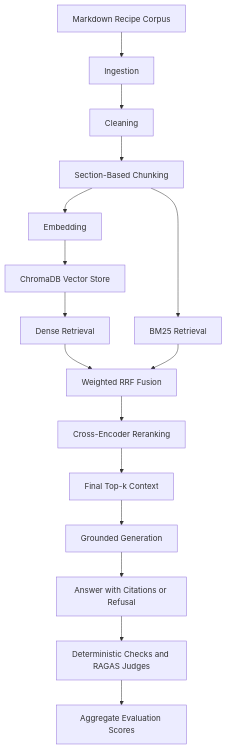
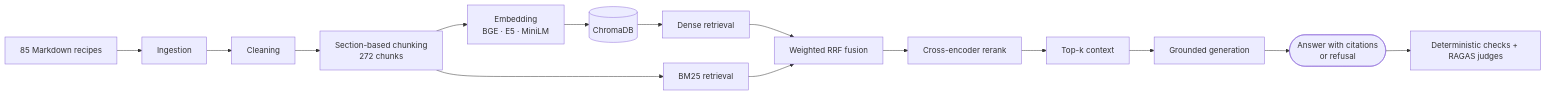
One commit to usermangcut-ai/mini-rag-project changed the diagram in README.md. Above: the diagram before and after it, drawn with Mermaid. The commit also changed other lines of this file, not shown here.

````diff
--- a/README.md
+++ b/README.md
@@ -17,34 +46,12 @@
 ```mermaid
-flowchart TD
-    A[Markdown Recipe Corpus]
-    B[Ingestion]
-    C[Cleaning]
-    D[Section-Based Chunking]
-    E[Embedding]
-    F[ChromaDB Vector Store]
-    G[Dense Retrieval]
-    H[BM25 Retrieval]
-    I[Weighted RRF Fusion]
-    J[Cross-Encoder Reranking]
-    K[Final Top-k Context]
-    L[Grounded Generation]
-    M[Answer with Citations or Refusal]
-    N[Deterministic Checks and RAGAS Judges]
-    O[Aggregate Evaluation Scores]
-
-    A --> B
-    B --> C
-    C --> D
-    D --> E
-    E --> F
-    F --> G
-    D --> H
-    G --> I
+flowchart LR
+    A[85 Markdown recipes] --> B[Ingestion] --> C[Cleaning] --> D[Section-based chunking<br/>272 chunks]
+    D --> E[Embedding<br/>BGE · E5 · MiniLM] --> F[(ChromaDB)]
+    F --> G[Dense retrieval]
+    D --> H[BM25 retrieval]
+    G --> I[Weighted RRF fusion]
     H --> I
-    I --> J
-    J --> K
-    K --> L
-    L --> M
-    M --> N
-    N --> O
+    I --> J[Cross-encoder rerank] --> K[Top-k context]
+    K --> L[Grounded generation] --> M([Answer with citations<br/>or refusal])
+    M --> N[Deterministic checks + RAGAS judges]
 ```
````
